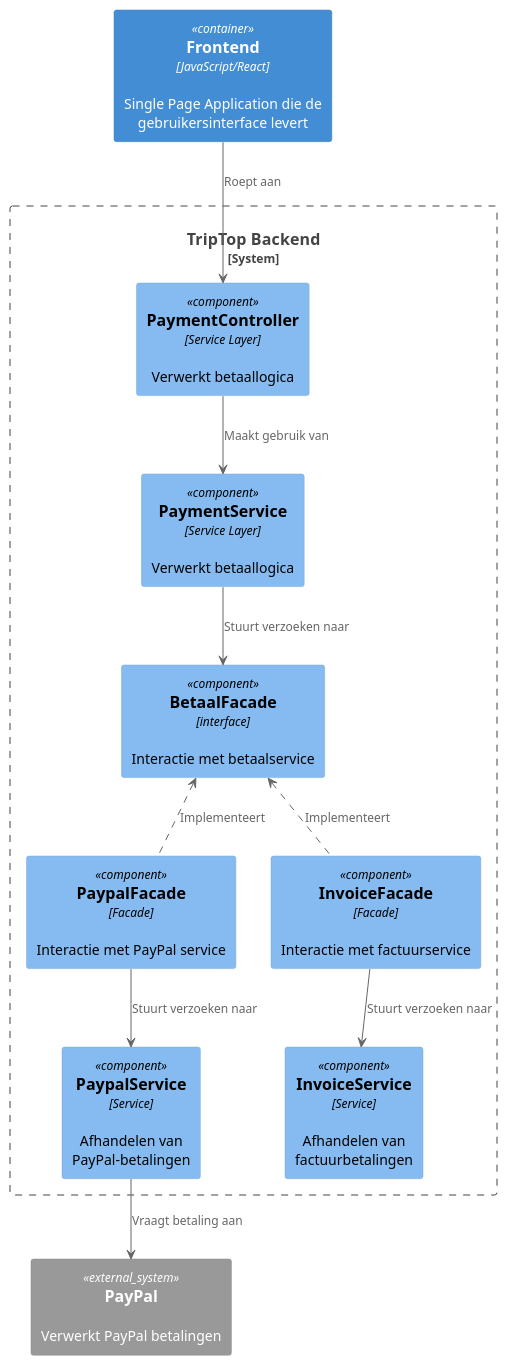
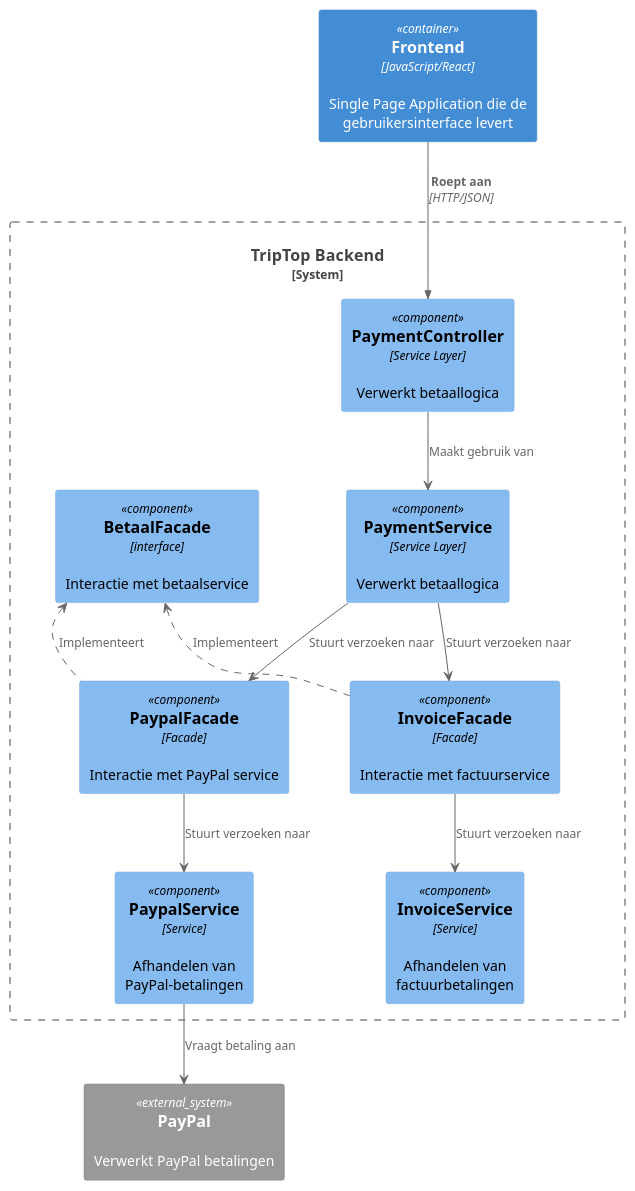
Before and after one commit to AIM-ENE-feb25/triptop-groep-3: the diagram in opdracht-diagrammen/C4 Component/Oud of overig/Component Diagram Kevin.puml, drawn with PlantUML. The commit also changed 4 other files, not shown here.

Commit message:
Aanpassingen diagrammen en context sgb

```diff
--- a/opdracht-diagrammen/C4 Component/Oud of overig/Component Diagram Kevin.puml
+++ b/opdracht-diagrammen/C4 Component/Oud of overig/Component Diagram Kevin.puml
@@ -1,32 +1,35 @@
 @startuml C4_Components
 !include https://raw.githubusercontent.com/plantuml-stdlib/C4-PlantUML/master/C4_Component.puml
 
 Container(Frontend, "Frontend", "JavaScript/React", "Single Page Application die de gebruikersinterface levert")
 
 ' Backend Componenten
 System_Boundary(Backend, "TripTop Backend") {
     Component(PaymentController, "PaymentController", "Service Layer", "Verwerkt betaallogica")
     Component(PaymentService, "PaymentService", "Service Layer", "Verwerkt betaallogica")
     Component(BetaalFacade, "BetaalFacade", "interface", "Interactie met betaalservice")
 
     Component(PaypalFacade, "PaypalFacade", "Facade", "Interactie met PayPal service")
     Component(InvoiceFacade, "InvoiceFacade", "Facade", "Interactie met factuurservice")
 
     Component(PaypalService, "PaypalService", "Service", "Afhandelen van PayPal-betalingen")
     Component(InvoiceService, "InvoiceService", "Service", "Afhandelen van factuurbetalingen")
 }
 
 ' Externe systemen
 System_Ext(PaypalApi, "PayPal", "Verwerkt PayPal betalingen")
 
-' Relaties
-Frontend --> PaymentController : "Roept aan"
+' REST Relaties
+Rel(Frontend, PaymentController, "Roept aan", "HTTP/JSON")
+
+' Overige relaties
 PaymentController --> PaymentService : "Maakt gebruik van"
-PaymentService --> BetaalFacade : "Stuurt verzoeken naar"
+PaymentService --> PaypalFacade : "Stuurt verzoeken naar"
+PaymentService --> InvoiceFacade : "Stuurt verzoeken naar"
 BetaalFacade <.. PaypalFacade : "Implementeert"
 BetaalFacade <.. InvoiceFacade : "Implementeert"
 PaypalFacade --> PaypalService : "Stuurt verzoeken naar"
 InvoiceFacade --> InvoiceService : "Stuurt verzoeken naar"
 PaypalService --> PaypalApi : "Vraagt betaling aan"
 
 @enduml
```
